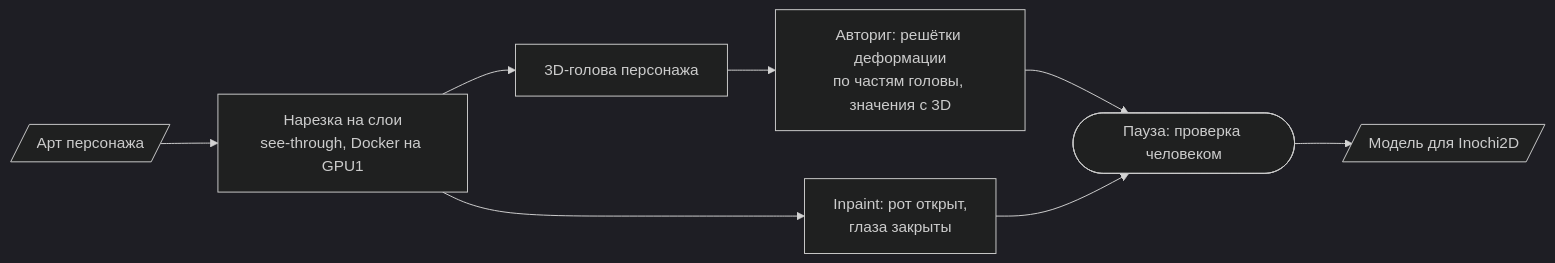
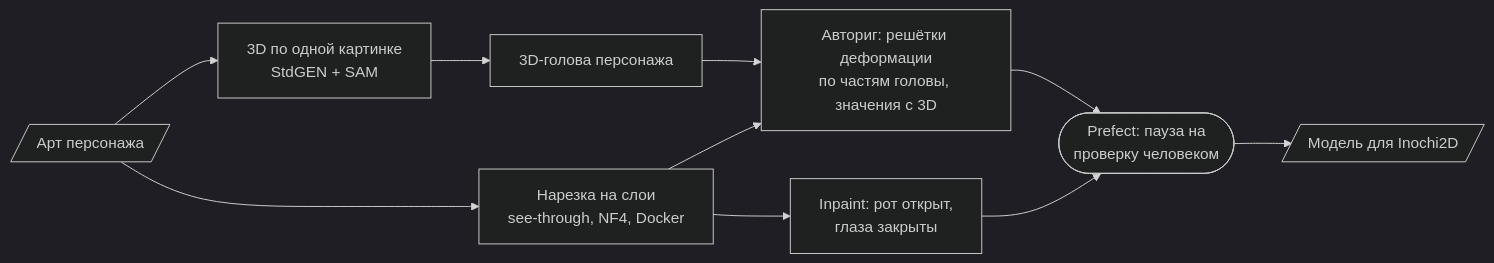
The diagram in cases/vtube-acmt.md (zhoratolk/portfolio), drawn with Mermaid (dark theme) before and after one commit. The commit also changed other lines of this file and 7 other files, not shown here.

````diff
--- a/cases/vtube-acmt.md
+++ b/cases/vtube-acmt.md
@@ -16,9 +18,11 @@
 ```mermaid
 flowchart LR
-  art[/Арт персонажа/] --> slice[Нарезка на слои<br/>see-through, Docker на GPU1]
-  slice --> h3d[3D-голова персонажа]
+  art[/Арт персонажа/] --> slice[Нарезка на слои<br/>see-through, NF4, Docker]
+  art --> std[3D по одной картинке<br/>StdGEN + SAM]
+  std --> h3d[3D-голова персонажа]
   h3d --> rig[Авториг: решётки деформации<br/>по частям головы, значения с 3D]
+  slice --> rig
   slice --> inp[Inpaint: рот открыт,<br/>глаза закрыты]
-  rig & inp --> review([Пауза: проверка человеком])
+  rig & inp --> review([Prefect: пауза на<br/>проверку человеком])
   review --> out[/Модель для Inochi2D/]
 ```
````
